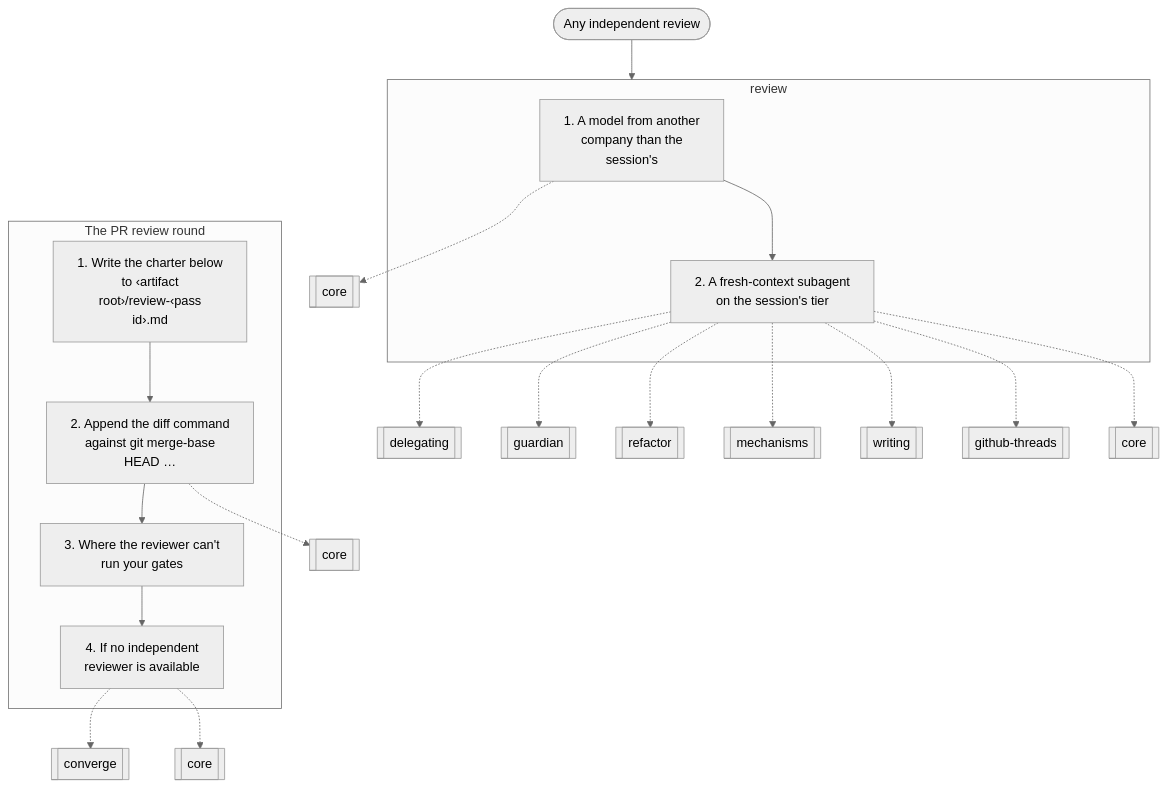
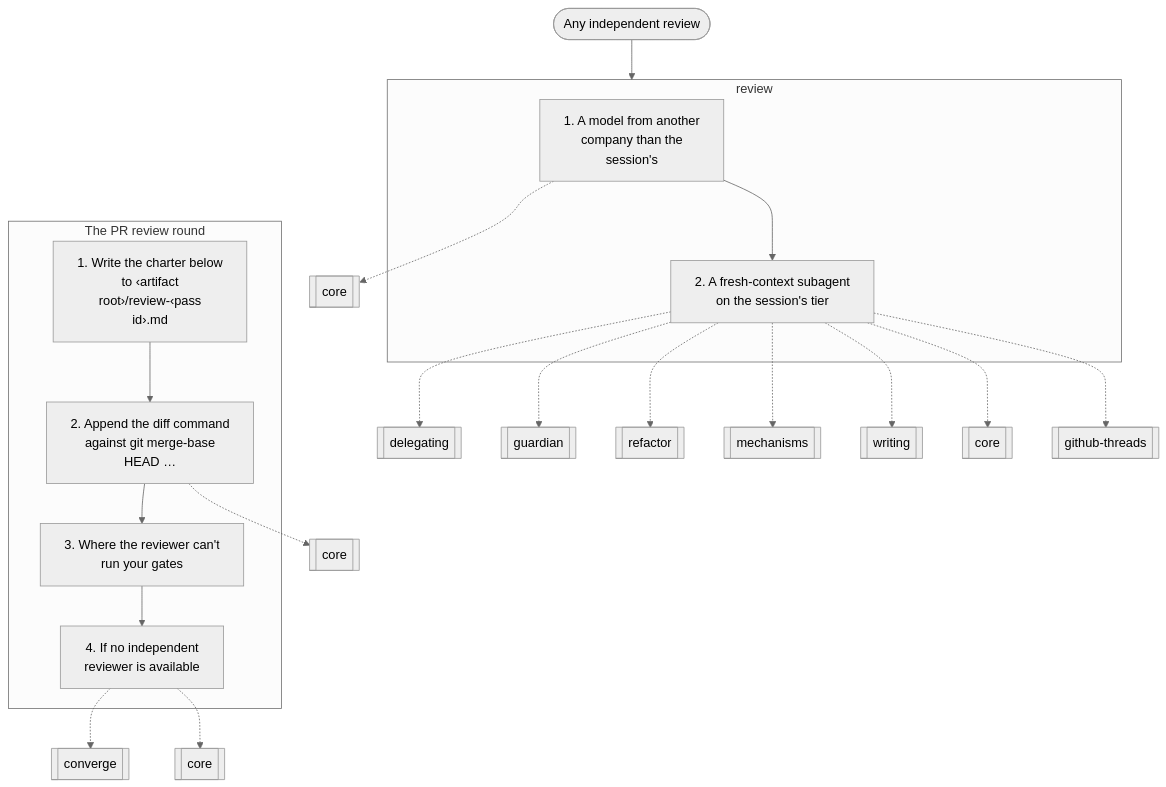
One commit to nitedani-agent/mergeworthy changed diagram 16 of 18 in docs/graphs.md. Above: the diagram before and after it, drawn with Mermaid (neutral theme). The commit also changed 6 other files, not shown here.

````diff
--- a/docs/graphs.md
+++ b/docs/graphs.md
@@ -462,31 +462,31 @@
 ```mermaid
 flowchart TB
   start(["Any independent review"])
   subgraph g0["review"]
     s0["1. A model from another<br/>company than the<br/>session's"]
     s1["2. A fresh-context subagent<br/>on the session's tier"]
     s0 --> s1
   end
   s0 -.-> r1[["core"]]
   s1 -.-> r2[["delegating"]]
   s1 -.-> r3[["guardian"]]
   s1 -.-> r4[["refactor"]]
   s1 -.-> r5[["mechanisms"]]
   s1 -.-> r6[["writing"]]
-  s1 -.-> r7[["github-threads"]]
-  s1 -.-> r8[["core"]]
+  s1 -.-> r7[["core"]]
+  s1 -.-> r8[["github-threads"]]
   subgraph g1["The PR review round"]
     s2["1. Write the charter below<br/>to ‹artifact<br/>root›/review-‹pass<br/>id›.md"]
     s3["2. Append the diff command<br/>against git merge-base<br/>HEAD …"]
     s2 --> s3
     s4["3. Where the reviewer can't<br/>run your gates"]
     s3 --> s4
     s5["4. If no independent<br/>reviewer is available"]
     s4 --> s5
   end
   s3 -.-> r9[["core"]]
   s5 -.-> r10[["converge"]]
   s5 -.-> r11[["core"]]
   start --> g0
   g0 ~~~ g1
 ```
````
